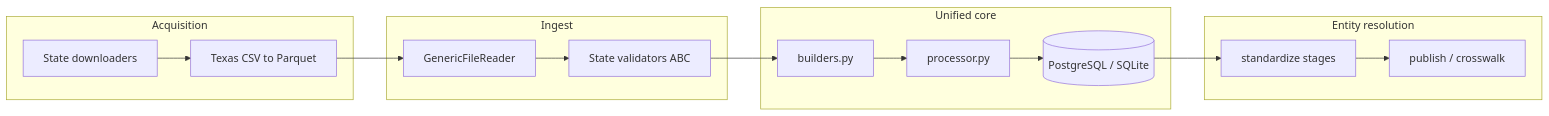
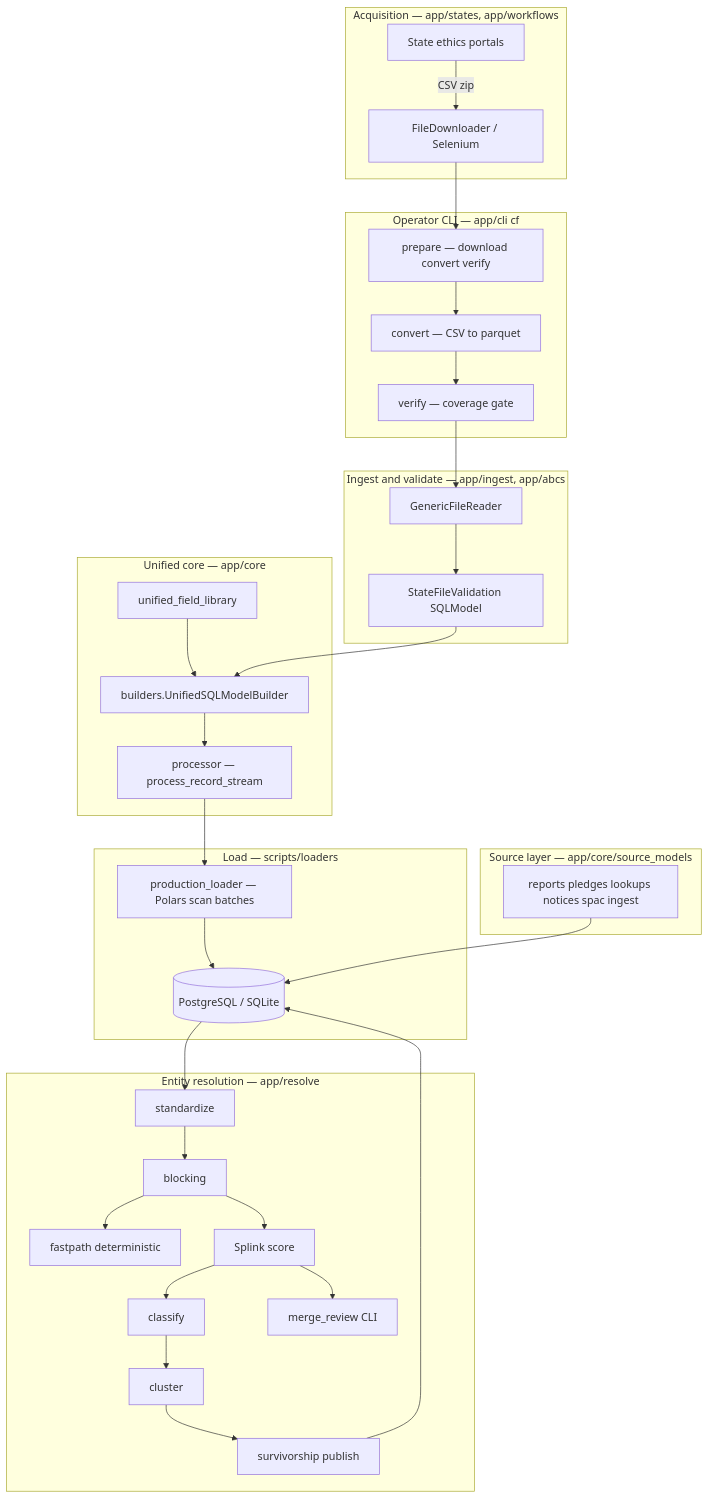
Before and after one commit to Abstract-Data/campaignfinance-2023: the first of 2 diagrams in docs/ARCHITECTURE-DIAGRAM.md, drawn with Mermaid. The commit also changed other lines of this file and 7 other files, not shown here.

Commit message:
docs: complete architecture ERD and ADRs (TASK-5d)

````diff
--- a/docs/ARCHITECTURE-DIAGRAM.md
+++ b/docs/ARCHITECTURE-DIAGRAM.md
@@ -5,22 +14,60 @@
 ```mermaid
-flowchart LR
-  subgraph acquire [Acquisition]
-    DL[State downloaders]
-    CV[Texas CSV to Parquet]
+flowchart TD
+  subgraph acquire [Acquisition — app/states, app/workflows]
+    PORT[State ethics portals]
+    DL[FileDownloader / Selenium]
+    PORT -->|CSV zip| DL
   end
-  subgraph ingest [Ingest]
+
+  subgraph cli [Operator CLI — app/cli cf]
+    CV[convert — CSV to parquet]
+    VF[verify — coverage gate]
+    PR[prepare — download convert verify]
+    PR --> CV --> VF
+  end
+
+  subgraph ingest [Ingest and validate — app/ingest, app/abcs]
     GR[GenericFileReader]
-    VAL[State validators ABC]
+    VAL[StateFileValidation SQLModel]
+    GR --> VAL
   end
-  subgraph unify [Unified core]
-    BLD[builders.py]
-    PRC[processor.py]
+
+  subgraph unify [Unified core — app/core]
+    FL[unified_field_library]
+    BLD[builders.UnifiedSQLModelBuilder]
+    PRC[processor — process_record_stream]
+    FL --> BLD --> PRC
+  end
+
+  subgraph source [Source layer — app/core/source_models]
+    RPT[reports pledges lookups notices spac ingest]
+  end
+
+  subgraph load [Load — scripts/loaders]
+    PL[production_loader — Polars scan batches]
     DB[(PostgreSQL / SQLite)]
+    PL --> DB
   end
-  subgraph resolve [Entity resolution]
-    STD[standardize stages]
-    PUB[publish / crosswalk]
+
+  subgraph resolve [Entity resolution — app/resolve]
+    STD[standardize]
+    BLK[blocking]
+    FP[fastpath deterministic]
+    SC[Splink score]
+    CL[classify]
+    CLU[cluster]
+    SUR[survivorship publish]
+    REV[merge_review CLI]
+    STD --> BLK --> FP
+    BLK --> SC --> CL --> CLU --> SUR
+    SC --> REV
   end
-  DL --> CV --> GR --> VAL --> BLD --> PRC --> DB
-  DB --> STD --> PUB
+
+  DL --> PR
+  VF --> GR
+  VAL --> BLD
+  PRC --> PL
+  RPT --> DB
+  DB --> STD
+  SUR --> DB
 ```
````
